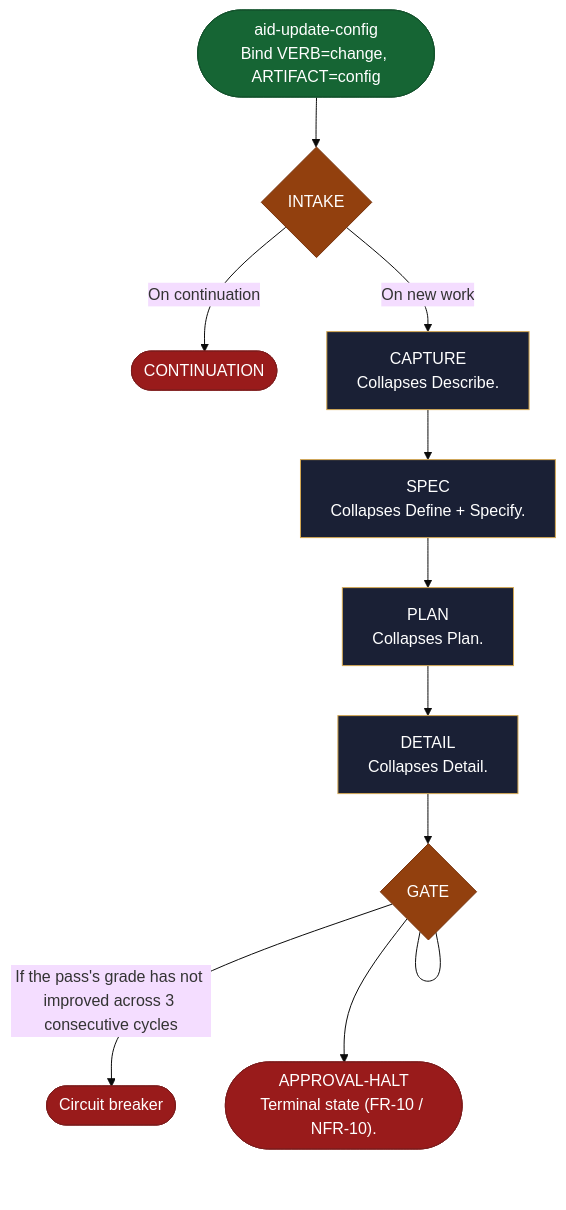
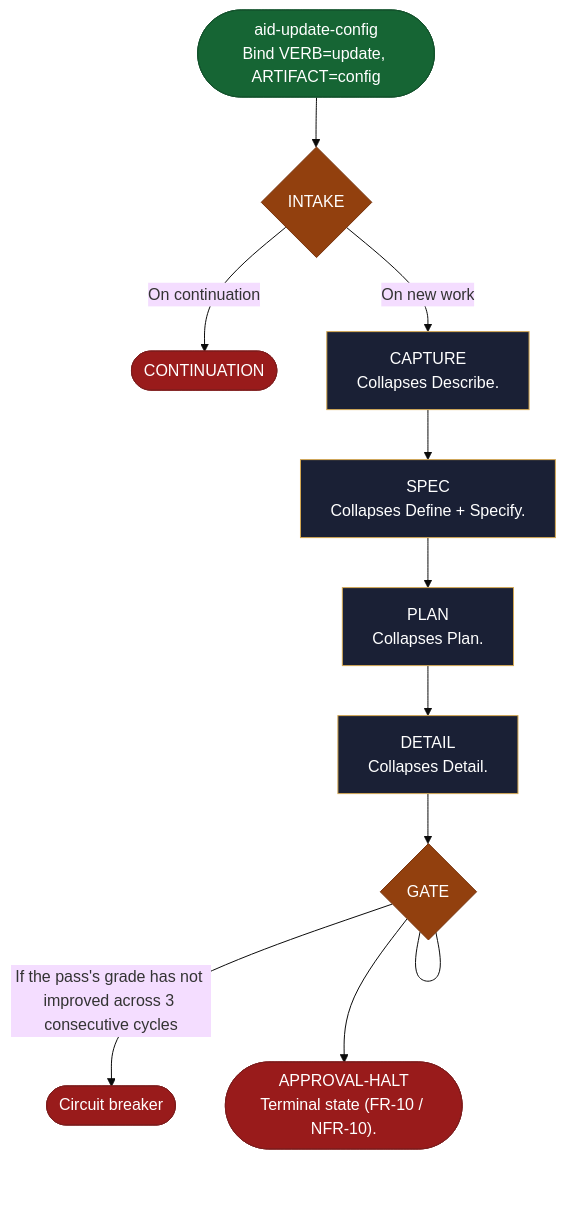
Before and after one commit to AndreVianna/aid-methodology: the diagram in site/src/content/docs/skills/aid-update-config.md, drawn with Mermaid (base theme). The commit also changed other lines of this file and 99 other files, not shown here.

````diff
--- a/site/src/content/docs/skills/aid-update-config.md
+++ b/site/src/content/docs/skills/aid-update-config.md
@@ -20,49 +20,49 @@
 ```mermaid
 flowchart TB
   classDef aidNode color:#fff
   classDef aidEntry fill:#166534,stroke:#14532d,color:#fff
   classDef aidExit fill:#991b1b,stroke:#7f1d1d,color:#fff
   classDef aidDecision fill:#92400e,stroke:#78350f,color:#fff
   classDef aidLoopBack fill:#1e3a8a,stroke:#1e3a8a,color:#fff
   classDef aidStep fill:#1a2035,stroke:#d4a853,color:#f1f5f9
-  n1(["aid-update-config<br/>Bind VERB=change, ARTIFACT=config"])
+  n1(["aid-update-config<br/>Bind VERB=update, ARTIFACT=config"])
   n2{"INTAKE"}
   n3(["CONTINUATION"])
   n4["CAPTURE<br/>Collapses Describe."]
   n5["SPEC<br/>Collapses Define + Specify."]
   n6["PLAN<br/>Collapses Plan."]
   n7["DETAIL<br/>Collapses Detail."]
   n8{"GATE"}
   n9(["Circuit breaker"])
   n10(["APPROVAL-HALT<br/>Terminal state (FR-10 / NFR-10)."])
   n1 --> n2
   n2 -->|"On continuation"| n3
   n2 -->|"On new work"| n4
   n4 --> n5
   n5 --> n6
   n6 --> n7
   n7 --> n8
   n8 --- n8
   n8 -->|"If the pass's grade has not improved across 3 consecutive cycles"| n9
   n8 --> n10
   class n1 aidEntry
   class n2 aidDecision
   class n3 aidExit
   class n4 aidStep
   class n5 aidStep
   class n6 aidStep
   class n7 aidStep
   class n8 aidDecision
   class n9 aidExit
   class n10 aidExit
   class n1 aidNode
   class n2 aidNode
   class n3 aidNode
   class n4 aidNode
   class n5 aidNode
   class n6 aidNode
   class n7 aidNode
   class n8 aidNode
   class n9 aidNode
   class n10 aidNode
 ```
````
